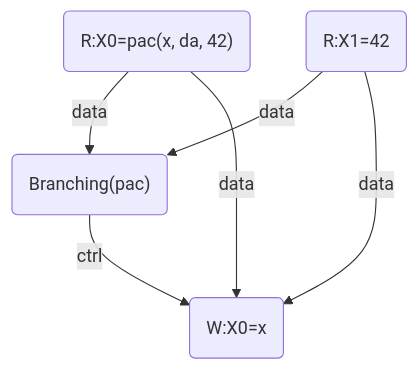
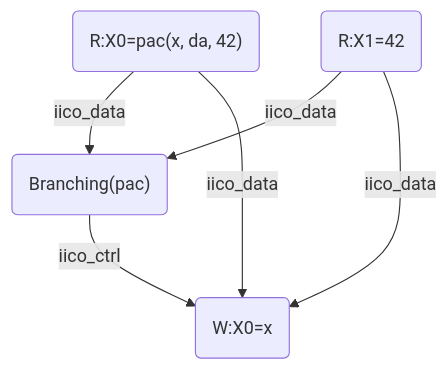
Before and after one commit to herd/herdtools7: the second of 4 diagrams in pac_tests/notes_wm.md, drawn with Mermaid. The commit also changed other lines of this file and 4 other files, not shown here.

````diff
--- a/pac_tests/notes_wm.md
+++ b/pac_tests/notes_wm.md
@@ -47,13 +47,13 @@
 ```mermaid
 graph TD;
     A("R:X0=pac(x, da, 42)");
     B("R:X1=42");
     C("Branching(pac)");
     D("W:X0=x");
 
-    A -->|data| C;
-    B -->|data| C;
-    B -->|data| D;
-    A -->|data| D;
-    C -->|ctrl| D;
+    A -->|iico_data| C;
+    B -->|iico_data| C;
+    B -->|iico_data| D;
+    A -->|iico_data| D;
+    C -->|iico_ctrl| D;
 ```
````
